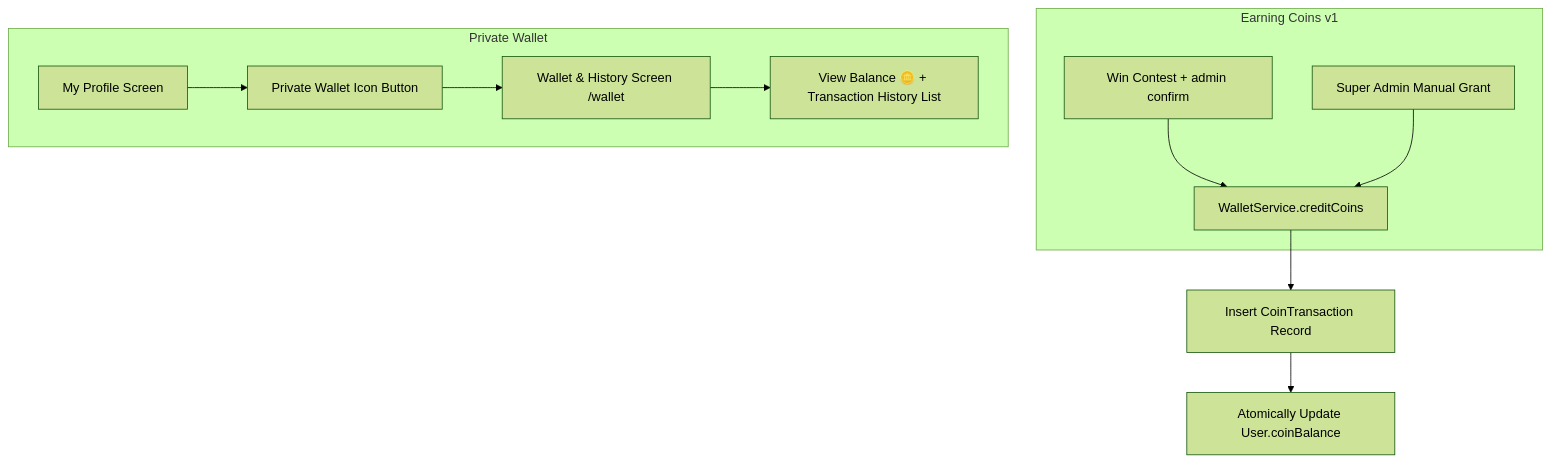
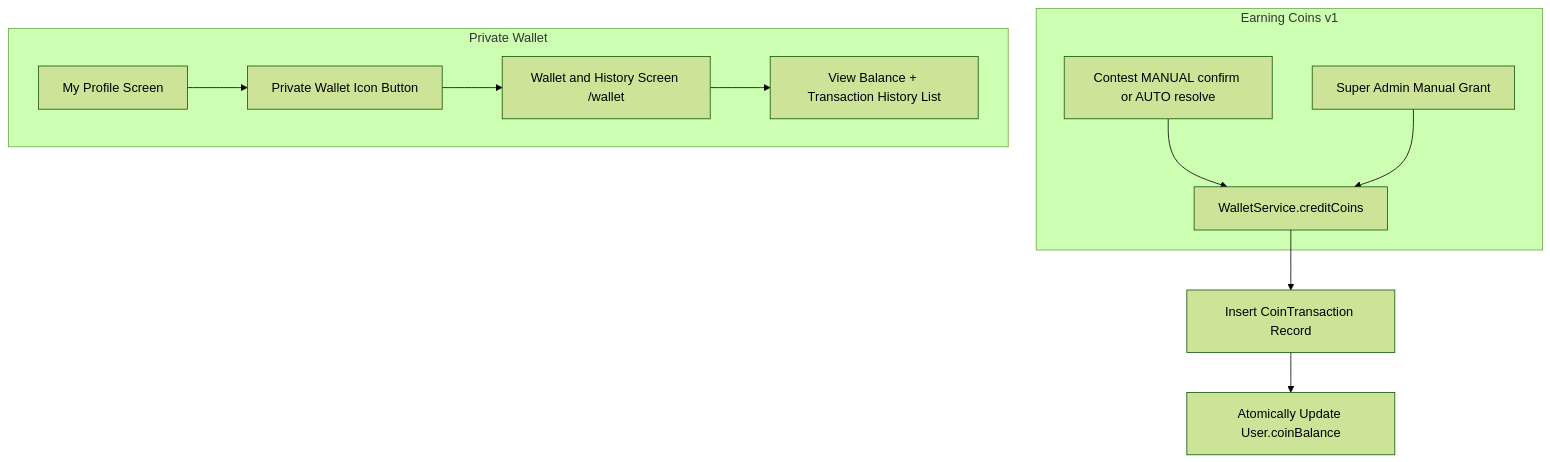
Before and after one commit to shreytanna15-prog/audio-social-backend: the diagram in docs/features/coins-and-wallet.md, drawn with Mermaid (forest theme). The commit also changed other lines of this file and 21 other files, not shown here.

````diff
--- a/docs/features/coins-and-wallet.md
+++ b/docs/features/coins-and-wallet.md
@@ -33,16 +33,16 @@
 ```mermaid
 flowchart TD
   subgraph Inflow [Earning Coins v1]
-    Contest[Win Contest + admin confirm] --> Credit[WalletService.creditCoins]
+    Contest[Contest MANUAL confirm or AUTO resolve] --> Credit[WalletService.creditCoins]
     AdminGrant[Super Admin Manual Grant] --> Credit
   end
 
   Credit --> Transaction[Insert CoinTransaction Record]
   Transaction --> Update[Atomically Update User.coinBalance]
 
   subgraph Mobile Experience [Private Wallet]
     MyProfile[My Profile Screen] --> WalletBtn[Private Wallet Icon Button]
-    WalletBtn --> WalletScreen[Wallet & History Screen /wallet]
-    WalletScreen --> Display[View Balance 🪙 + Transaction History List]
+    WalletBtn --> WalletScreen[Wallet and History Screen /wallet]
+    WalletScreen --> Display[View Balance + Transaction History List]
   end
 ```
````
